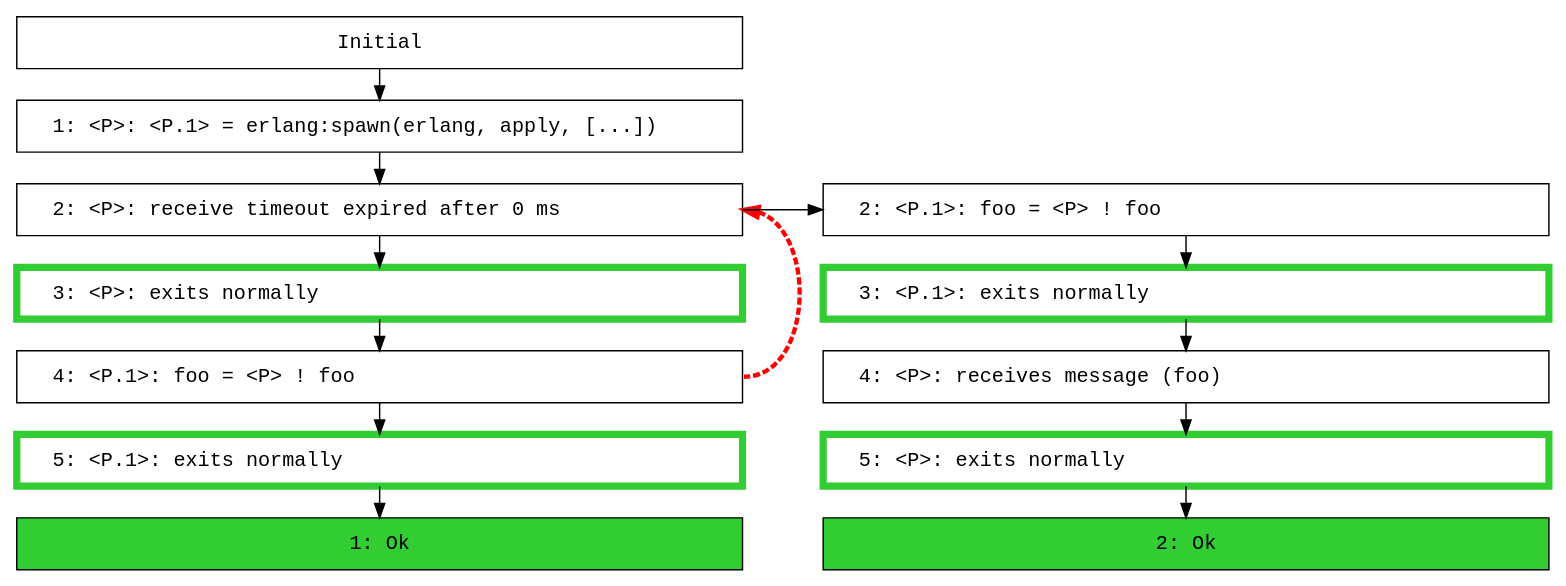
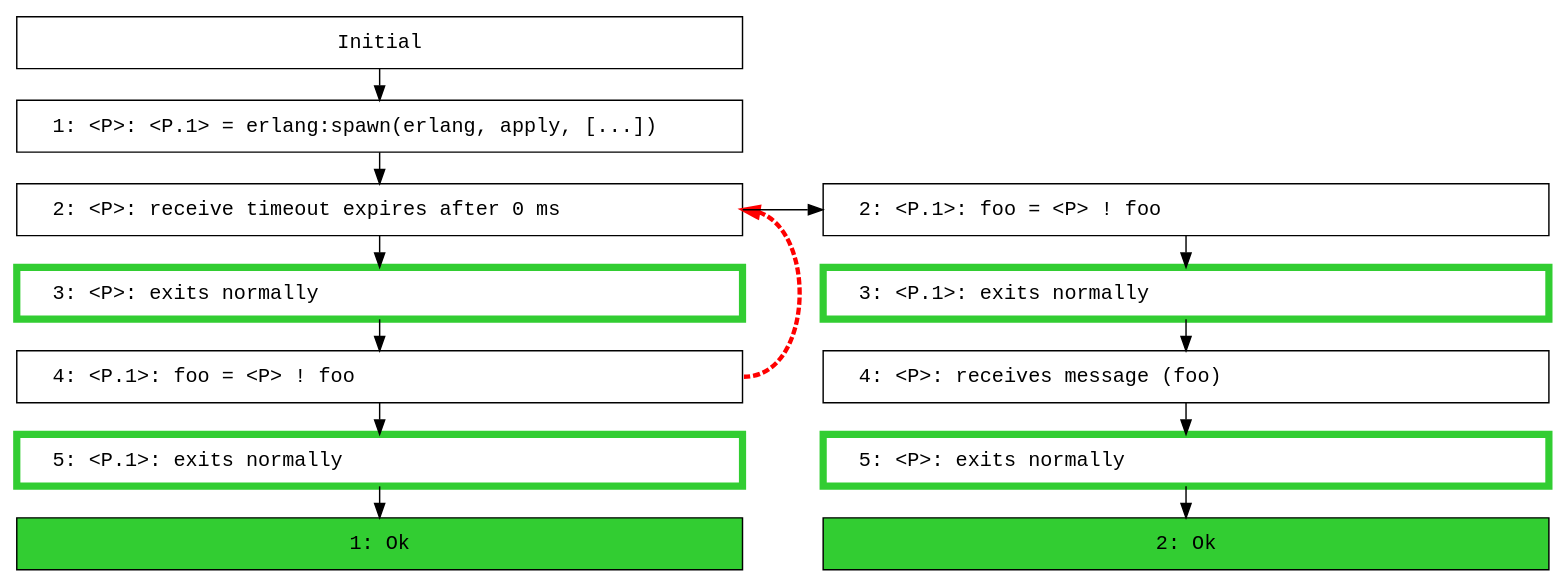
Before and after one commit to parapluu/Concuerror: the diagram in tests-real/suites/output/ref/graph.dot, drawn with Graphviz. The commit also changed 2 other files, not shown here.

```diff
--- a/tests-real/suites/output/ref/graph.dot
+++ b/tests-real/suites/output/ref/graph.dot
@@ -1,33 +1,33 @@
 digraph {
   graph [ranksep=0.3]
   node [shape=box,width=7,fontname=Monospace]
   "init" [label="Initial"];
   subgraph interleaving_1 {
     "{1,1}" [label="   1: <P>: <P.1> = erlang:spawn(erlang, apply, [...])\l"];
     "init" -> "{1,1}" [weight=1000];
-    "{1,2}" [label="   2: <P>: receive timeout expired after 0 ms\l"];
+    "{1,2}" [label="   2: <P>: receive timeout expires after 0 ms\l"];
     "{1,1}" -> "{1,2}" [weight=1000];
     "{1,3}" [label="   3: <P>: exits normally\l",color=limegreen,penwidth=5];
     "{1,2}" -> "{1,3}" [weight=1000];
     "{1,4}" [label="   4: <P.1>: foo = <P> ! foo\l"];
     "{1,3}" -> "{1,4}" [weight=1000];
     "{1,5}" [label="   5: <P.1>: exits normally\l",color=limegreen,penwidth=5];
     "{1,4}" -> "{1,5}" [weight=1000];
     "{1,final}" [label="1: Ok",style=filled,fillcolor=limegreen];
     "{1,5}" -> "{1,final}" [weight=1000];
     "{1,2}":e -> "{1,4}":e [constraint=false, color=red, dir=back, penwidth=3, style=dashed];
   }
   subgraph interleaving_2 {
     "{2,2}" [label="   2: <P.1>: foo = <P> ! foo\l"];
     "{1,1}" -> "{2,2}" [style=invis,weight=1];
     "{1,2}" -> "{2,2}" [constraint=false];
     "{2,3}" [label="   3: <P.1>: exits normally\l",color=limegreen,penwidth=5];
     "{2,2}" -> "{2,3}" [weight=1000];
     "{2,4}" [label="   4: <P>: receives message (foo)\l"];
     "{2,3}" -> "{2,4}" [weight=1000];
     "{2,5}" [label="   5: <P>: exits normally\l",color=limegreen,penwidth=5];
     "{2,4}" -> "{2,5}" [weight=1000];
     "{2,final}" [label="2: Ok",style=filled,fillcolor=limegreen];
     "{2,5}" -> "{2,final}" [weight=1000];
   }
 }
```
